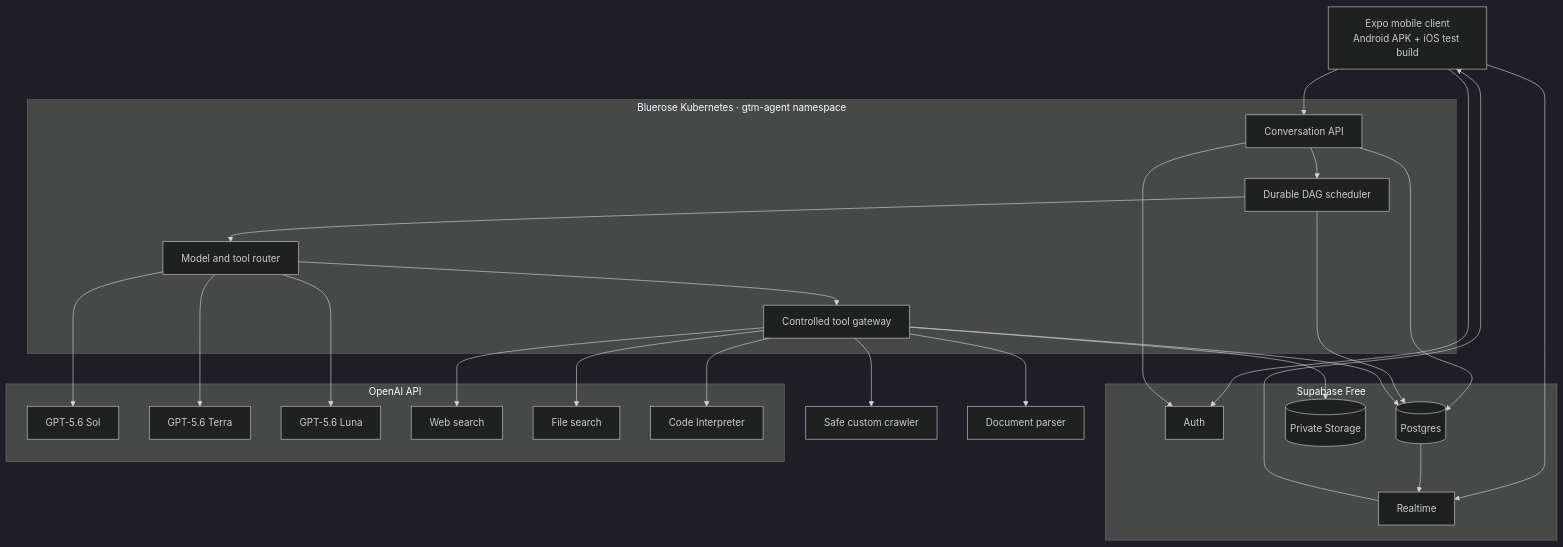
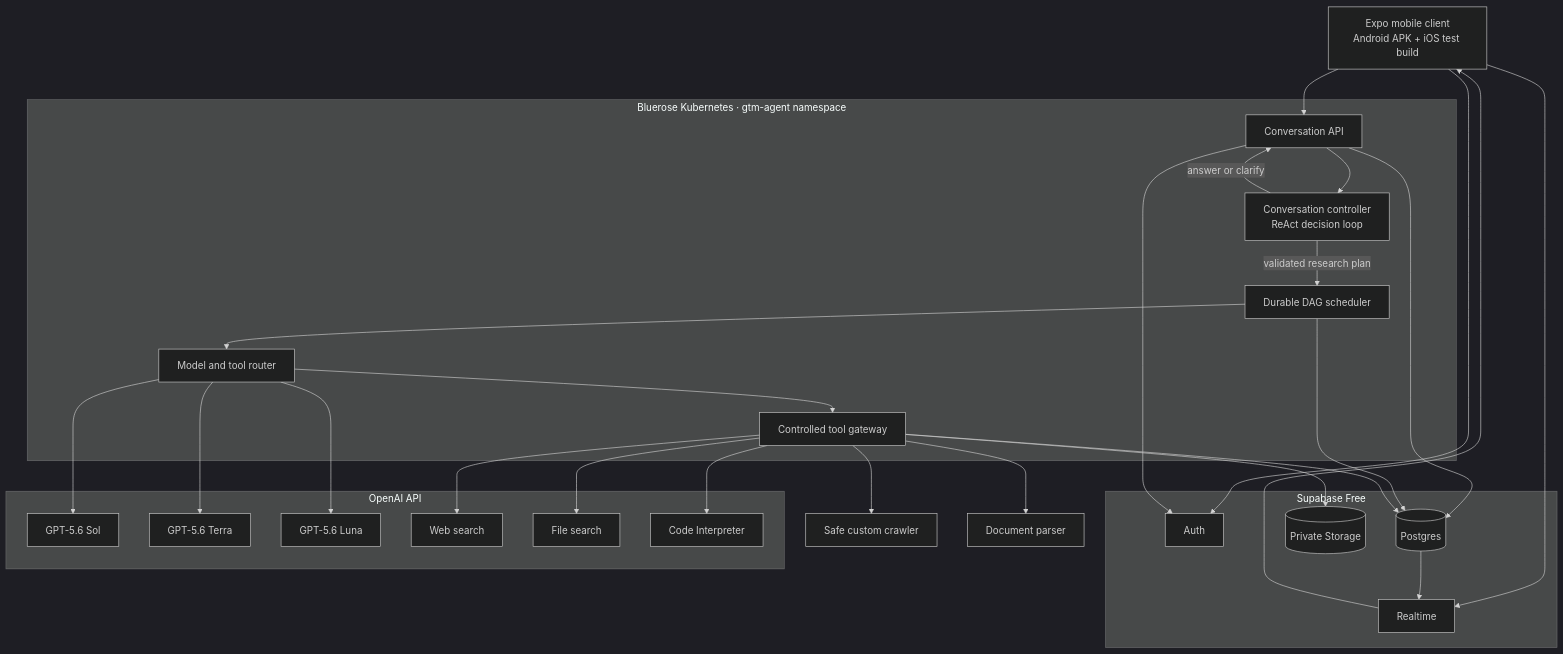
The first of 2 diagrams in docs/MVP_IMPLEMENTATION_PLAN.md (CuteDandelion/GTM-agent), drawn with Mermaid (dark theme) before and after one commit. The commit also changed other lines of this file and 153 other files, not shown here.

````diff
--- a/docs/MVP_IMPLEMENTATION_PLAN.md
+++ b/docs/MVP_IMPLEMENTATION_PLAN.md
@@ -71,49 +71,52 @@
 ```mermaid
 flowchart TB
     APK["Expo mobile client\nAndroid APK + iOS test build"]
 
     subgraph Supabase["Supabase Free"]
         AUTH["Auth"]
         DB[("Postgres")]
         STORAGE[("Private Storage")]
         REALTIME["Realtime"]
     end
 
     subgraph Bluerose["Bluerose Kubernetes · gtm-agent namespace"]
         API["Conversation API"]
+        TURN["Conversation controller\nReAct decision loop"]
         DAG["Durable DAG scheduler"]
         ROUTER["Model and tool router"]
         GATEWAY["Controlled tool gateway"]
     end
 
     subgraph OpenAI["OpenAI API"]
         SOL["GPT-5.6 Sol"]
         TERRA["GPT-5.6 Terra"]
         LUNA["GPT-5.6 Luna"]
         WEB["Web search"]
         FILES["File search"]
         CODE["Code Interpreter"]
     end
 
     APK --> AUTH
     APK --> API
     APK --> REALTIME
     API --> AUTH
-    API --> DAG
+    API --> TURN
+    TURN -->|"answer or clarify"| API
+    TURN -->|"validated research plan"| DAG
     DAG --> ROUTER
     ROUTER --> SOL
     ROUTER --> TERRA
     ROUTER --> LUNA
     ROUTER --> GATEWAY
     GATEWAY --> WEB
     GATEWAY --> FILES
     GATEWAY --> CODE
     GATEWAY --> CRAWLER["Safe custom crawler"]
     GATEWAY --> DOCS["Document parser"]
     API --> DB
     DAG --> DB
     GATEWAY --> DB
     GATEWAY --> STORAGE
     DB --> REALTIME
     REALTIME --> APK
 ```
````
